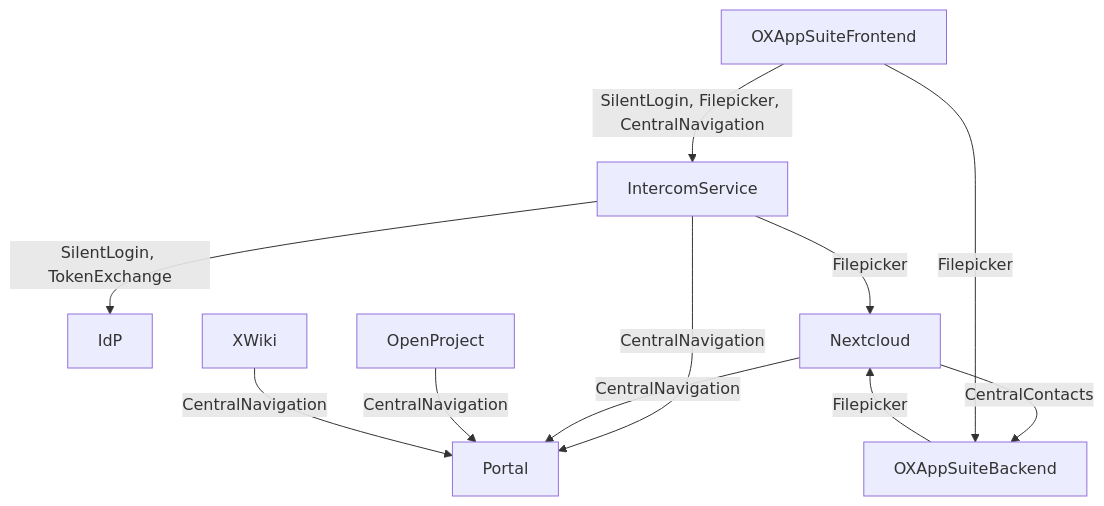
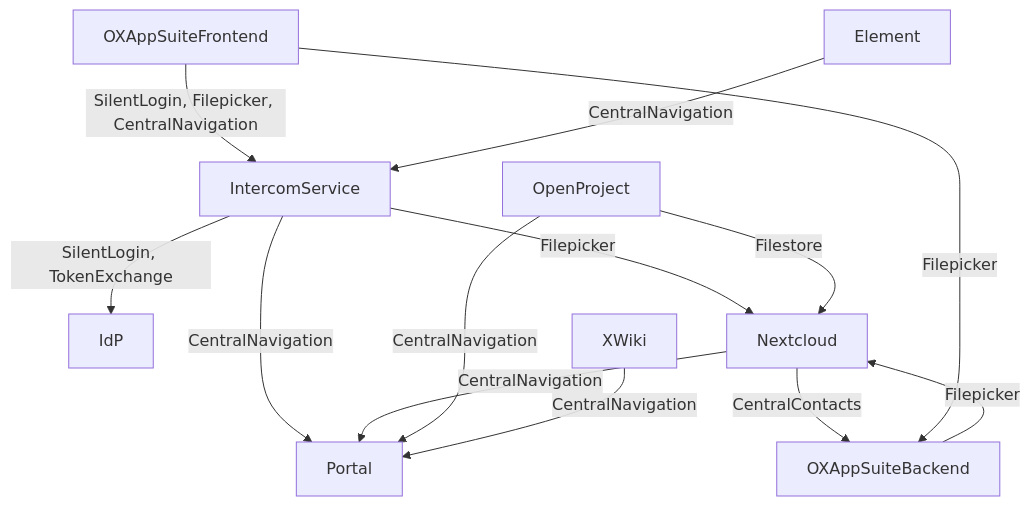
The first of 2 diagrams in docs/components.md (tobias-weiss-ai-xr/opendesk-edu), drawn with Mermaid before and after one commit. The commit also changed other lines of this file and 16 other files, not shown here.

````diff
--- a/docs/components.md
+++ b/docs/components.md
@@ -58,13 +58,15 @@
 ```mermaid
 flowchart TD
   OXAppSuiteFrontend-->|SilentLogin, Filepicker, CentralNavigation|IntercomService
+  Element-->|CentralNavigation|IntercomService
   IntercomService-->|SilentLogin, TokenExchange|IdP
   IntercomService-->|Filepicker|Nextcloud
   IntercomService-->|CentralNavigation|Portal
   OXAppSuiteBackend-->|Filepicker|Nextcloud
   Nextcloud-->|CentralNavigation|Portal
   OpenProject-->|CentralNavigation|Portal
+  OpenProject-->|Filestore|Nextcloud
   XWiki-->|CentralNavigation|Portal
   Nextcloud-->|CentralContacts|OXAppSuiteBackend
   OXAppSuiteFrontend-->|Filepicker|OXAppSuiteBackend
 ```
````
